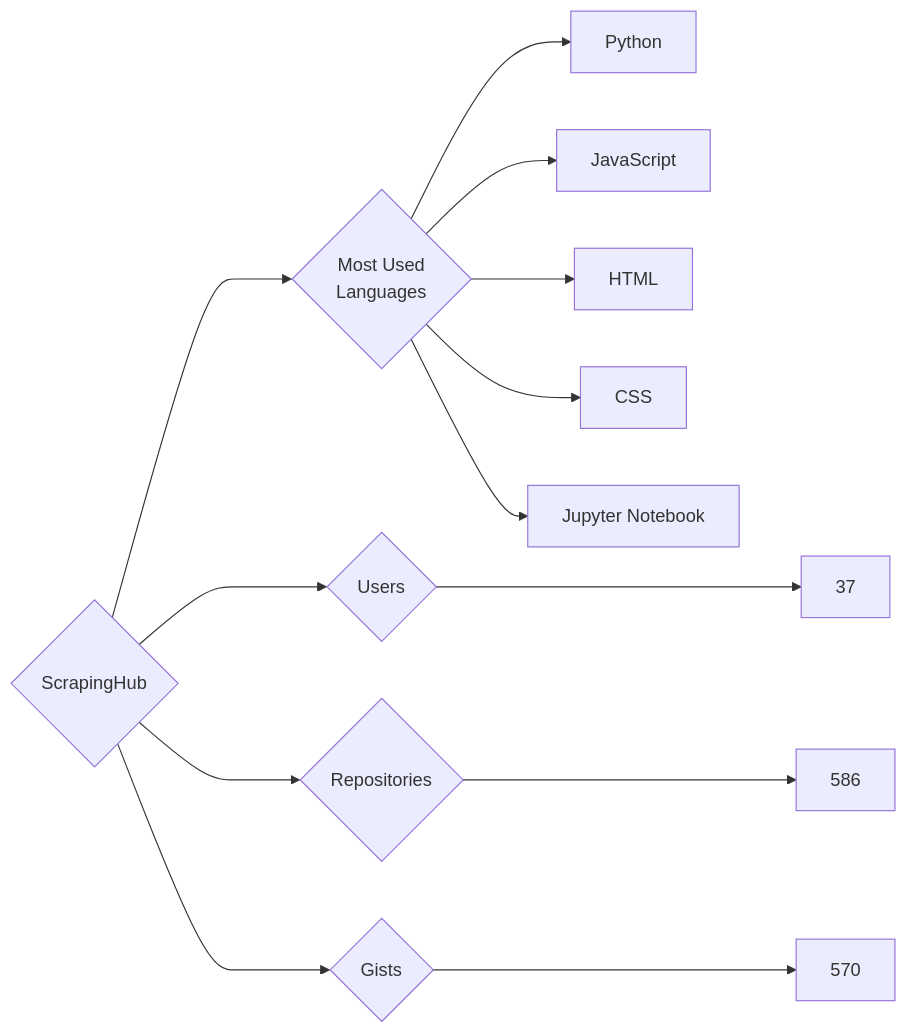
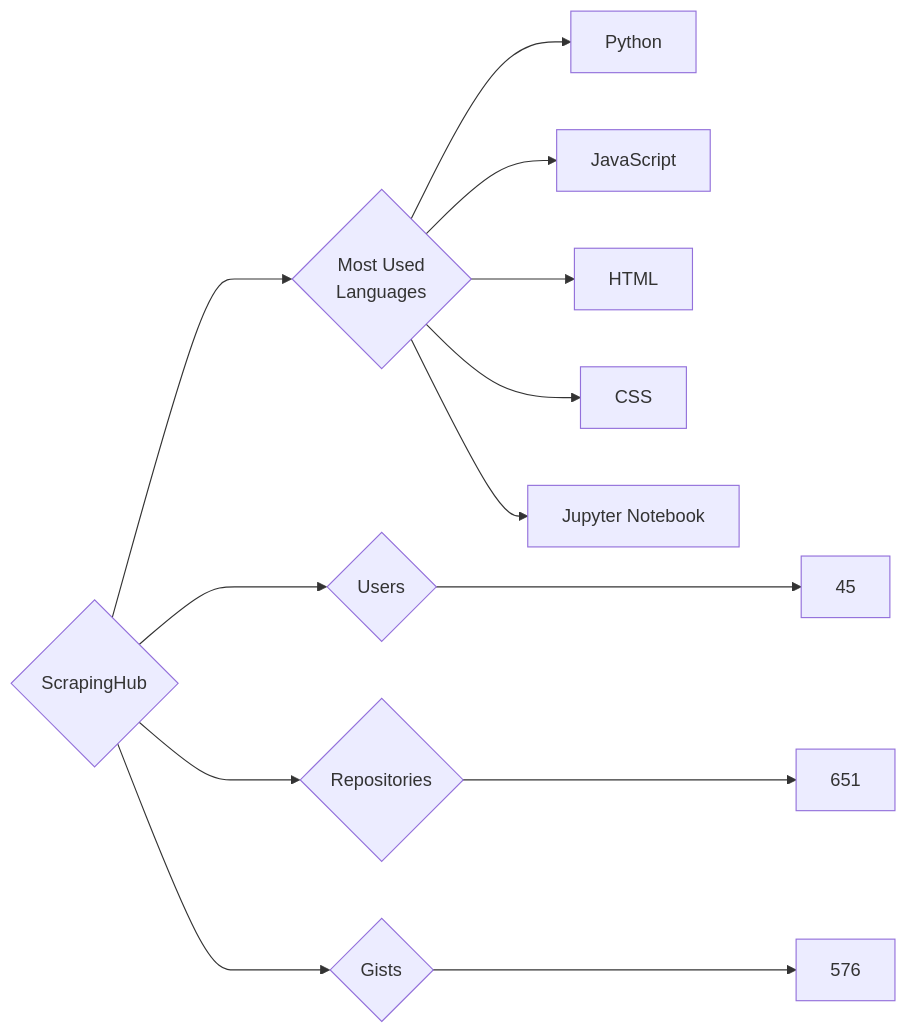
Before and after one commit to trickest/insiders: the diagram in targets/ScrapingHub/README.md, drawn with Mermaid. The commit also changed 829 other files, not shown here.

````diff
--- a/targets/ScrapingHub/README.md
+++ b/targets/ScrapingHub/README.md
@@ -3,13 +3,13 @@
 ```mermaid
 graph LR
 COMPANY_NAME{ScrapingHub}
-COMPANY_NAME ---> U{Users} ---> UN[37]
-COMPANY_NAME ---> R{Repositories} ---> RN[586]
-COMPANY_NAME ---> G{Gists} ---> GN[570]
+COMPANY_NAME ---> U{Users} ---> UN[45]
+COMPANY_NAME ---> R{Repositories} ---> RN[651]
+COMPANY_NAME ---> G{Gists} ---> GN[576]
 COMPANY_NAME ---> ML{Most Used<br>Languages}
 ML --> Python[Python]
 ML --> JavaScript[JavaScript]
 ML --> HTML[HTML]
 ML --> CSS[CSS]
 ML --> Jupyter_Notebook[Jupyter Notebook]
 ```
````
